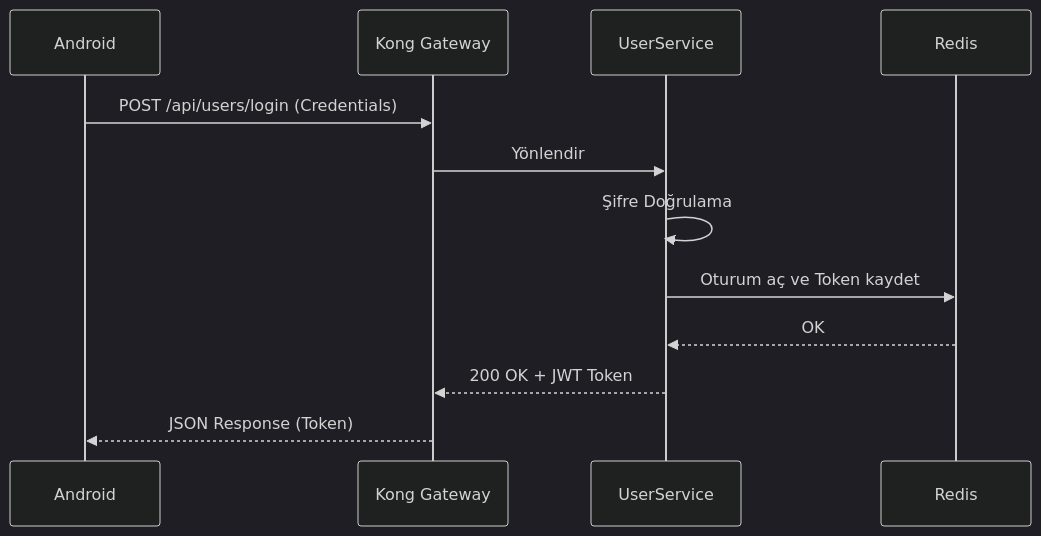
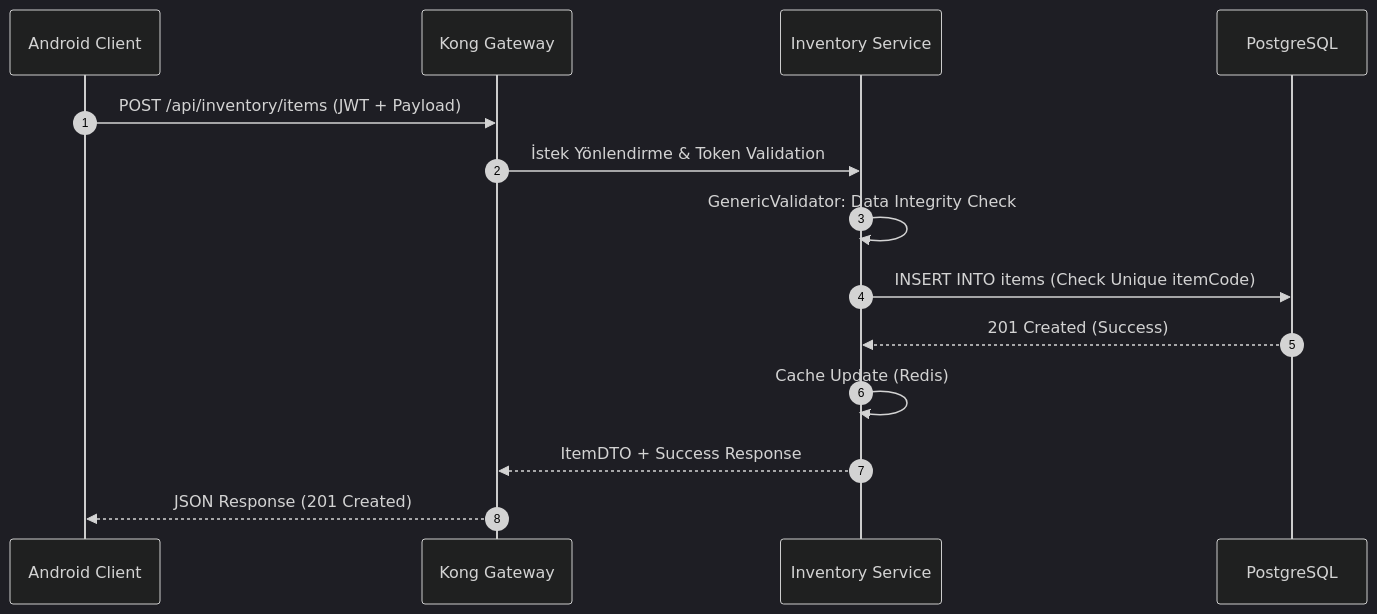
One commit to EfekanDemir/Inventory_System changed the third of 5 diagrams in README.md. Above: the diagram before and after it, drawn with Mermaid (dark theme). The commit also changed other lines of this file and 436 other files, not shown here.

Commit message:
feat: implement UserService logic and add StockMovementService unit tests

````diff
--- a/README.md
+++ b/README.md
@@ -145,15 +171,17 @@
 ```mermaid
 sequenceDiagram
-    participant A as Android
-    participant K as Kong Gateway
-    participant U as UserService
-    participant R as Redis
-
-    A->>K: POST /api/users/login (Credentials)
-    K->>U: Yönlendir
-    U->>U: Şifre Doğrulama
-    U->>R: Oturum aç ve Token kaydet
-    R-->>U: OK
-    U-->>K: 200 OK + JWT Token
-    K-->>A: JSON Response (Token)
+    autonumber
+    participant A as Android Client
+    participant G as Kong Gateway
+    participant I as Inventory Service
+    participant DB as PostgreSQL
+    
+    A->>G: POST /api/inventory/items (JWT + Payload)
+    G->>I: İstek Yönlendirme & Token Validation
+    I->>I: GenericValidator: Data Integrity Check
+    I->>DB: INSERT INTO items (Check Unique itemCode)
+    DB-->>I: 201 Created (Success)
+    I->>I: Cache Update (Redis)
+    I-->>G: ItemDTO + Success Response
+    G-->>A: JSON Response (201 Created)
 ```
````
